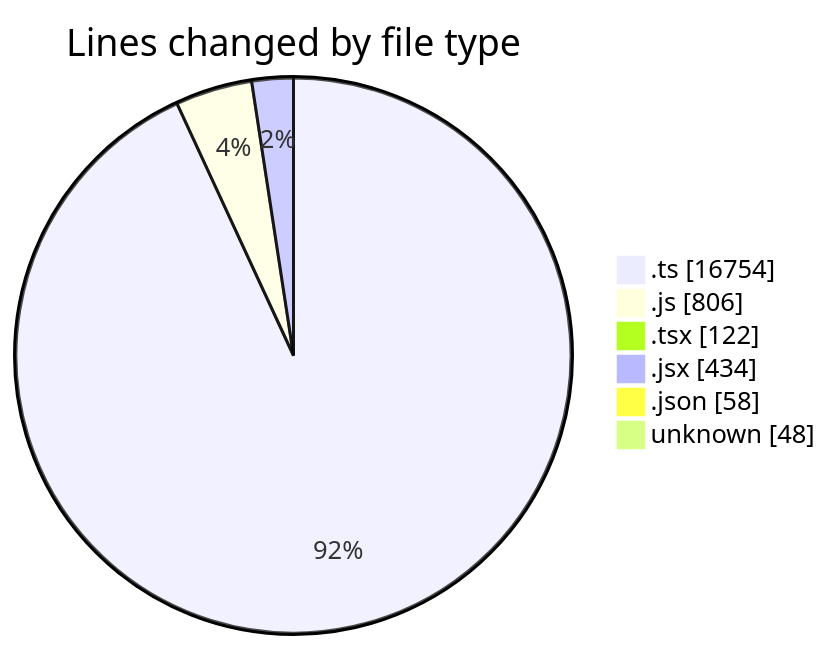
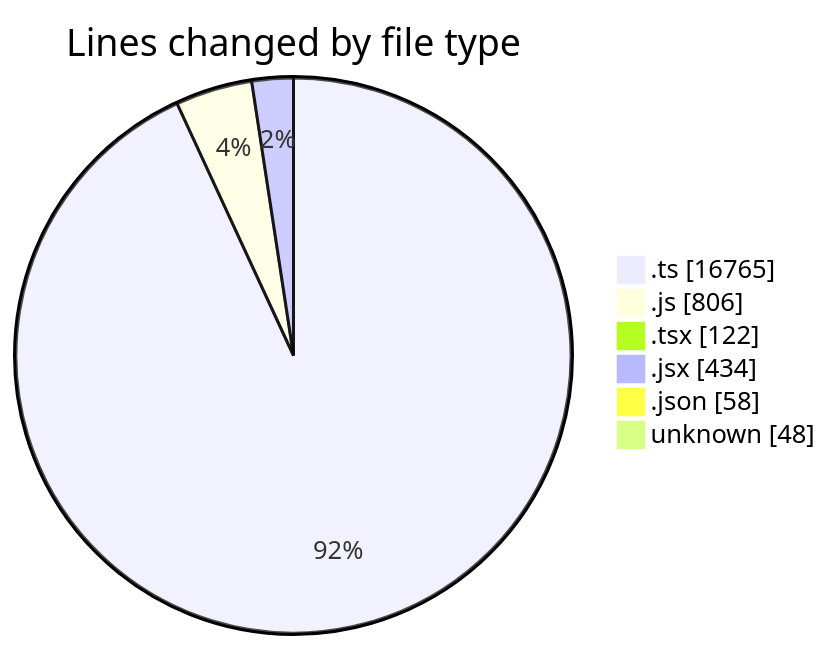
Before and after one commit to momahboobian/code-tracking: the first of 2 diagrams in 2025-11-12/cda/README.md, drawn with Mermaid. The commit also changed other lines of this file and 1 other file, not shown here.

````diff
--- a/2025-11-12/cda/README.md
+++ b/2025-11-12/cda/README.md
@@ -35,10 +35,10 @@
 ```mermaid
 pie showData
 title Lines changed by file type
-".ts" : 16754
+".ts" : 16765
 ".js" : 806
 ".tsx" : 122
 ".jsx" : 434
 ".json" : 58
 "unknown" : 48
 ```
````
